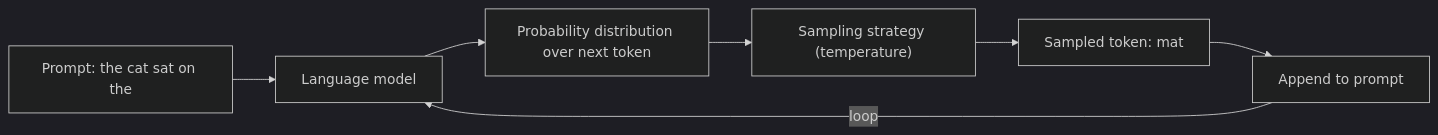
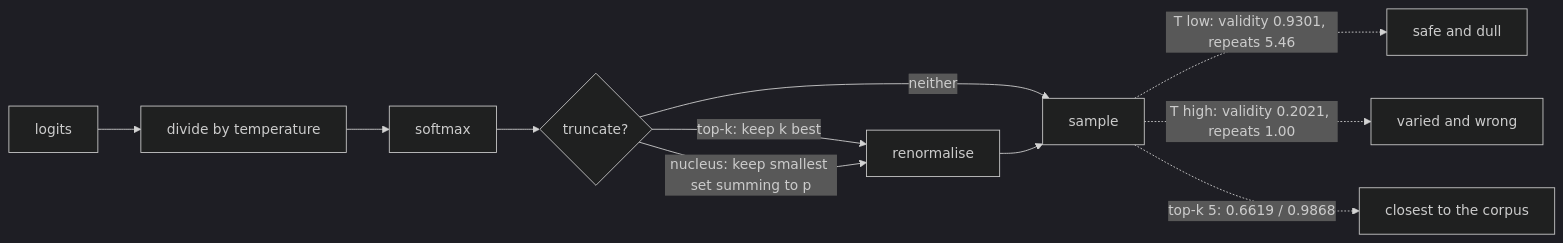
One commit to Ravikisha/PythonCentralHub changed the diagram in src/content/docs/Deep Learning/Phase 06 - Generative Deep Learning/Text Generation with Language Models.mdx. Above: the diagram before and after it, drawn with Mermaid (dark theme). The commit also changed other lines of this file and 626 other files, not shown here.

````diff
--- a/src/content/docs/Deep Learning/Phase 06 - Generative Deep Learning/Text Generation with Language Models.mdx
+++ b/src/content/docs/Deep Learning/Phase 06 - Generative Deep Learning/Text Generation with Language Models.mdx
@@ -38,9 +130,13 @@
-```mermaid title="The text-generation loop" desc="Predict a distribution over the next token, sample one, append it, and feed the longer sequence back in."
+```mermaid
 flowchart LR
-  P["Prompt: the cat sat on the"] --> M["Language model"]
-  M --> D["Probability distribution over next token"]
-  D --> S["Sampling strategy (temperature)"]
-  S --> T["Sampled token: mat"]
-  T --> A["Append to prompt"]
-  A -->|"loop"| M
+  L["logits"] --> T["divide by temperature"]
+  T --> S["softmax"]
+  S --> K{"truncate?"}
+  K -->|"top-k: keep k best"| R["renormalise"]
+  K -->|"nucleus: keep smallest set summing to p"| R
+  K -->|"neither"| D["sample"]
+  R --> D
+  D -.->|"T low: validity 0.9301, repeats 5.46"| A["safe and dull"]
+  D -.->|"T high: validity 0.2021, repeats 1.00"| B["varied and wrong"]
+  D -.->|"top-k 5: 0.6619 / 0.9868"| C["closest to the corpus"]
 ```
````
